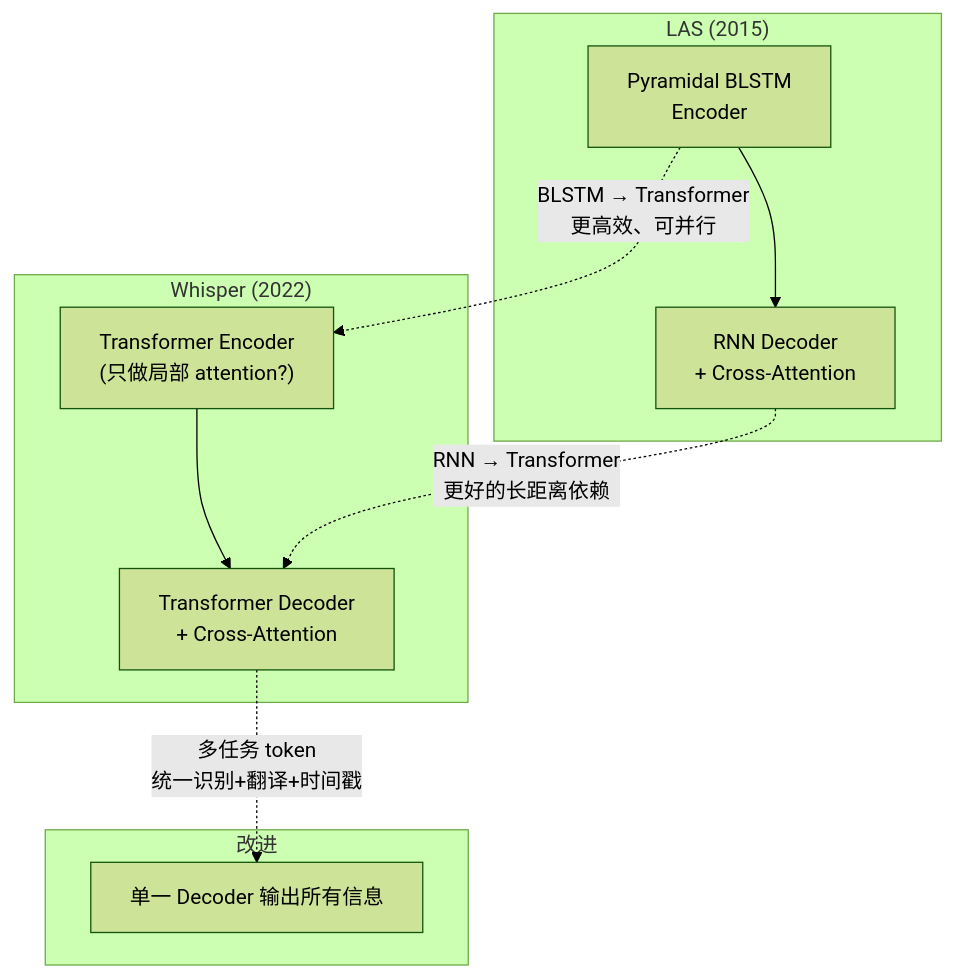
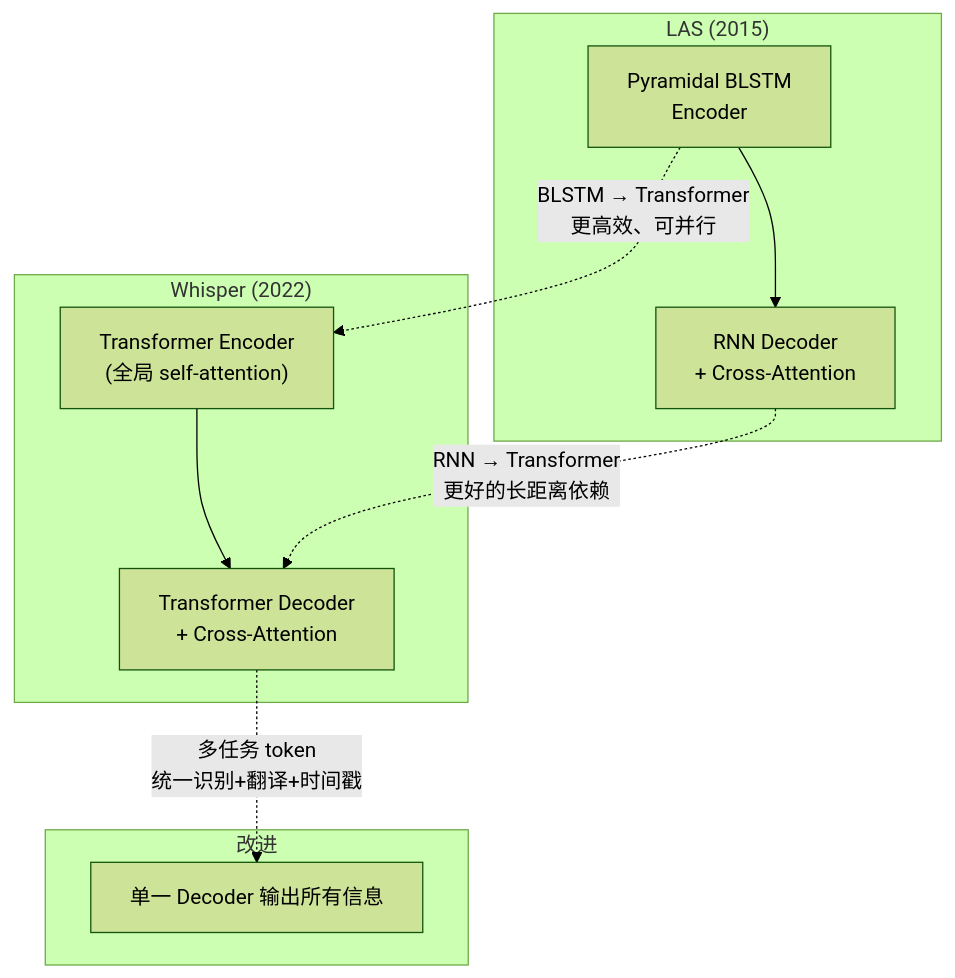
Before and after one commit to UrsoCN/Docs: the first of 2 diagrams in docs/subpage/AI/subsubpage/智能语音/第_8_课：Whisper与LLM-based-ASR.md, drawn with Mermaid (forest theme). The commit also changed other lines of this file and 8 other files, not shown here.

````diff
--- a/docs/subpage/AI/subsubpage/智能语音/第_8_课：Whisper与LLM-based-ASR.md
+++ b/docs/subpage/AI/subsubpage/智能语音/第_8_课：Whisper与LLM-based-ASR.md
@@ -17,14 +17,14 @@
 ```mermaid
 graph TD
     subgraph "LAS (2015)"
         L1["Pyramidal BLSTM<br/>Encoder"] --> L2["RNN Decoder<br/>+ Cross-Attention"]
     end
     subgraph "Whisper (2022)"
-        W1["Transformer Encoder<br/>(只做局部 attention?)"] --> W2["Transformer Decoder<br/>+ Cross-Attention"]
+        W1["Transformer Encoder<br/>(全局 self-attention)"] --> W2["Transformer Decoder<br/>+ Cross-Attention"]
     end
     subgraph "改进"
         L1 -.->|"BLSTM → Transformer<br/>更高效、可并行"| W1
         L2 -.->|"RNN → Transformer<br/>更好的长距离依赖"| W2
         W2 -.->|"多任务 token<br/>统一识别+翻译+时间戳"| W3["单一 Decoder 输出所有信息"]
     end
 ```
````
